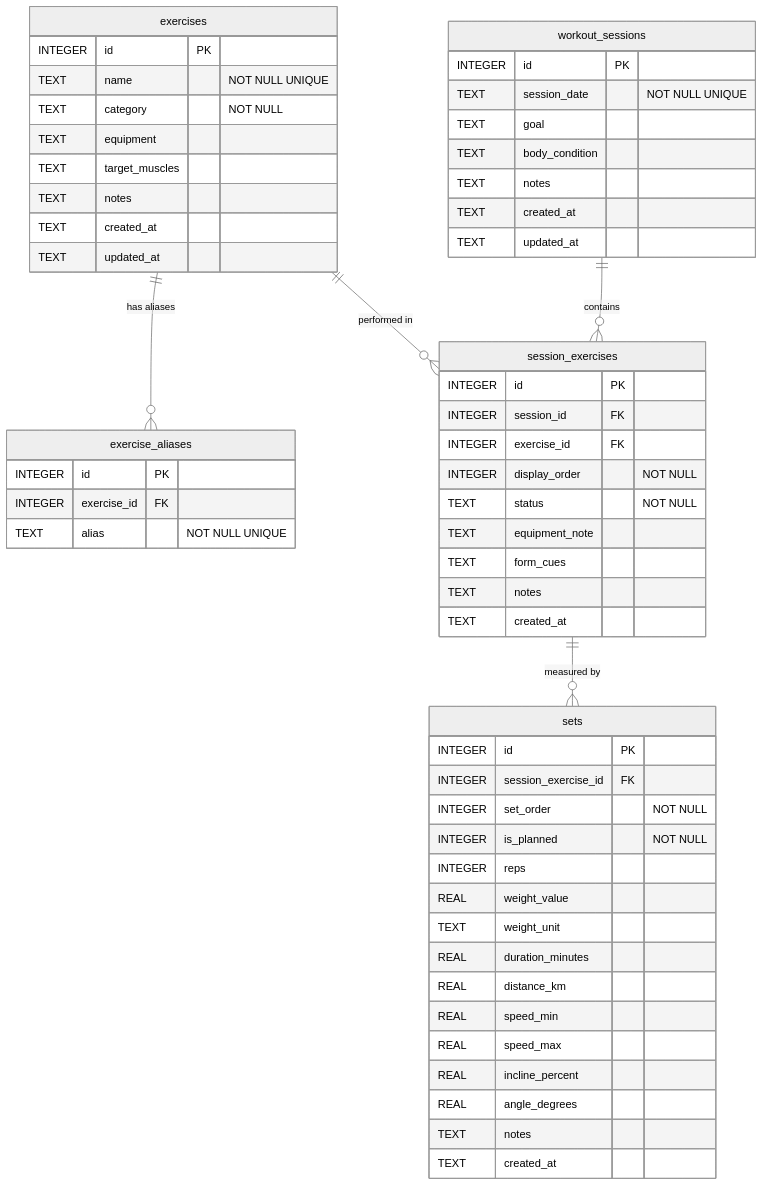
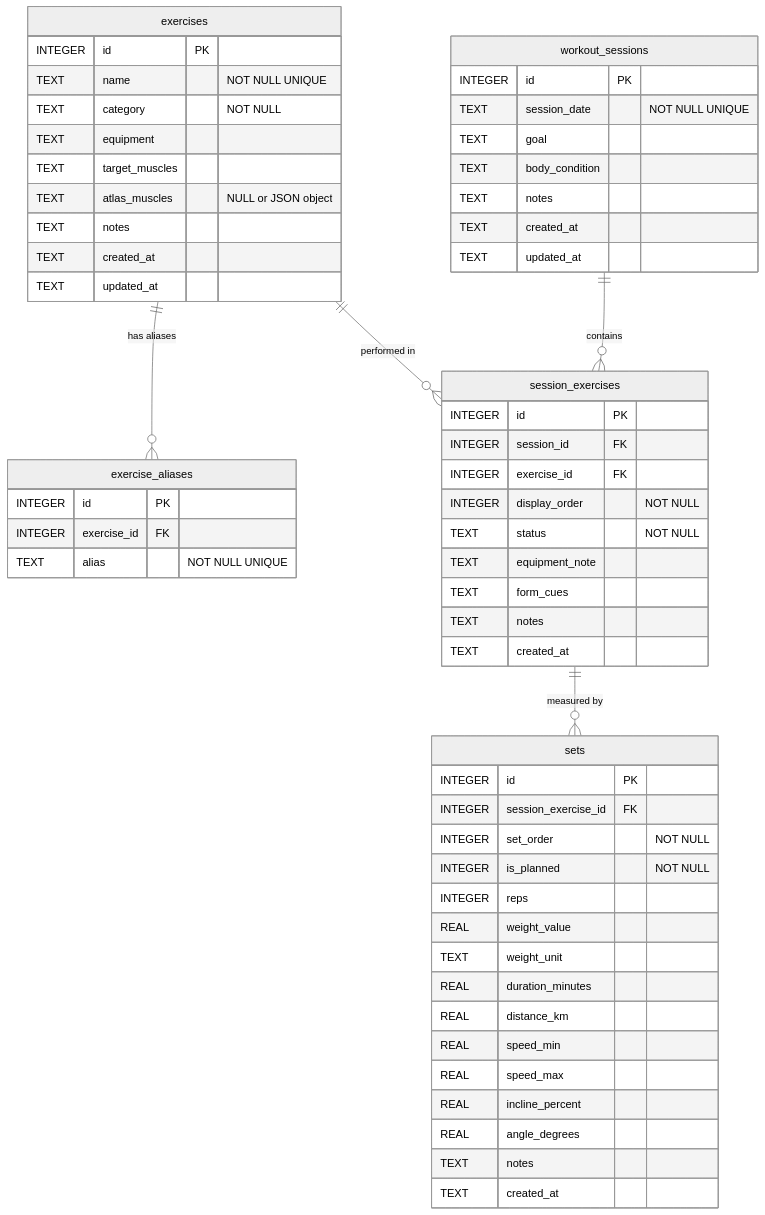
The diagram in docs/database.md (japan4415/training-logger), drawn with Mermaid (neutral theme) before and after one commit. The commit also changed other lines of this file and 32 other files, not shown here.

````diff
--- a/docs/database.md
+++ b/docs/database.md
@@ -43,64 +43,65 @@
 ```mermaid
 erDiagram
     exercises ||--o{ exercise_aliases : "has aliases"
     exercises ||--o{ session_exercises : "performed in"
     workout_sessions ||--o{ session_exercises : "contains"
     session_exercises ||--o{ sets : "measured by"
 
     exercises {
         INTEGER id PK
         TEXT name "NOT NULL UNIQUE"
         TEXT category "NOT NULL"
         TEXT equipment
         TEXT target_muscles
+        TEXT atlas_muscles "NULL or JSON object"
         TEXT notes
         TEXT created_at
         TEXT updated_at
     }
 
     exercise_aliases {
         INTEGER id PK
         INTEGER exercise_id FK
         TEXT alias "NOT NULL UNIQUE"
     }
 
     workout_sessions {
         INTEGER id PK
         TEXT session_date "NOT NULL UNIQUE"
         TEXT goal
         TEXT body_condition
         TEXT notes
         TEXT created_at
         TEXT updated_at
     }
 
     session_exercises {
         INTEGER id PK
         INTEGER session_id FK
         INTEGER exercise_id FK
         INTEGER display_order "NOT NULL"
         TEXT status "NOT NULL"
         TEXT equipment_note
         TEXT form_cues
         TEXT notes
         TEXT created_at
     }
 
     sets {
         INTEGER id PK
         INTEGER session_exercise_id FK
         INTEGER set_order "NOT NULL"
         INTEGER is_planned "NOT NULL"
         INTEGER reps
         REAL weight_value
         TEXT weight_unit
         REAL duration_minutes
         REAL distance_km
         REAL speed_min
         REAL speed_max
         REAL incline_percent
         REAL angle_degrees
         TEXT notes
         TEXT created_at
     }
 ```
````
